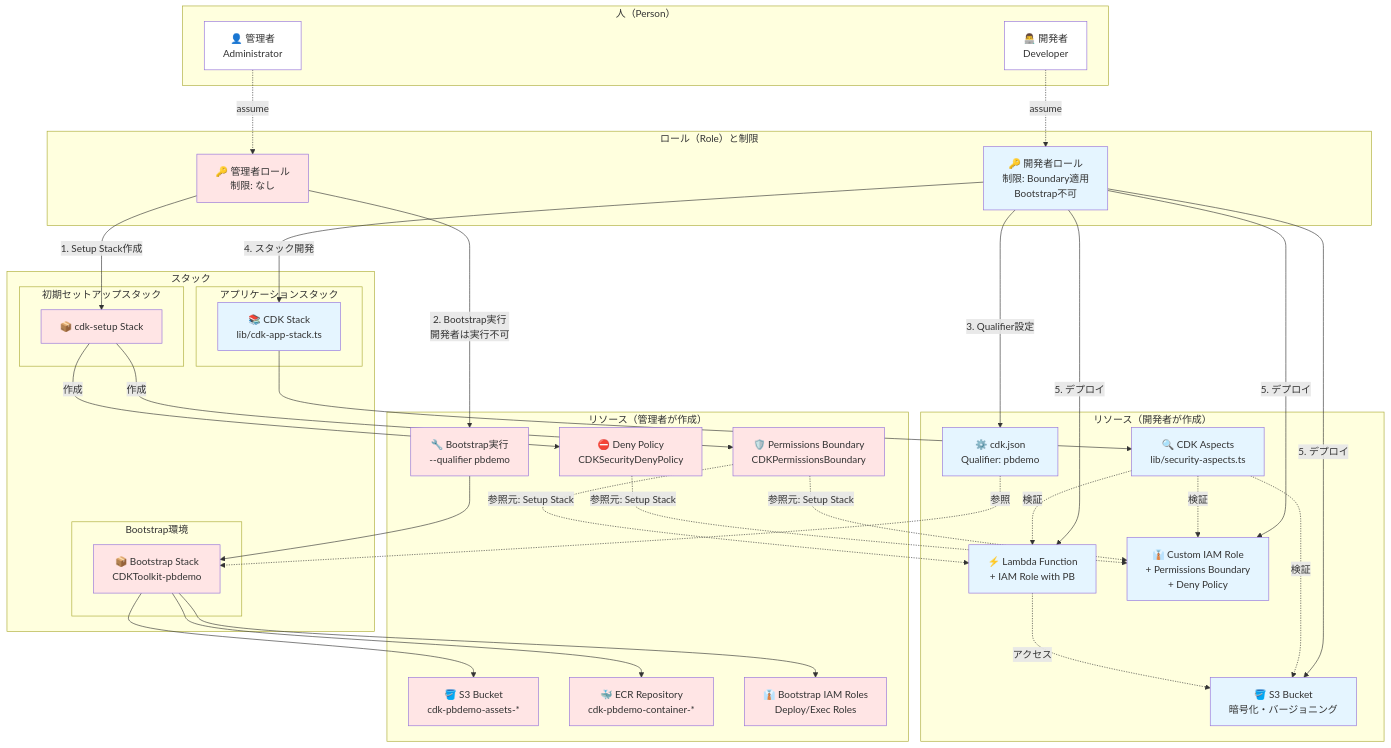
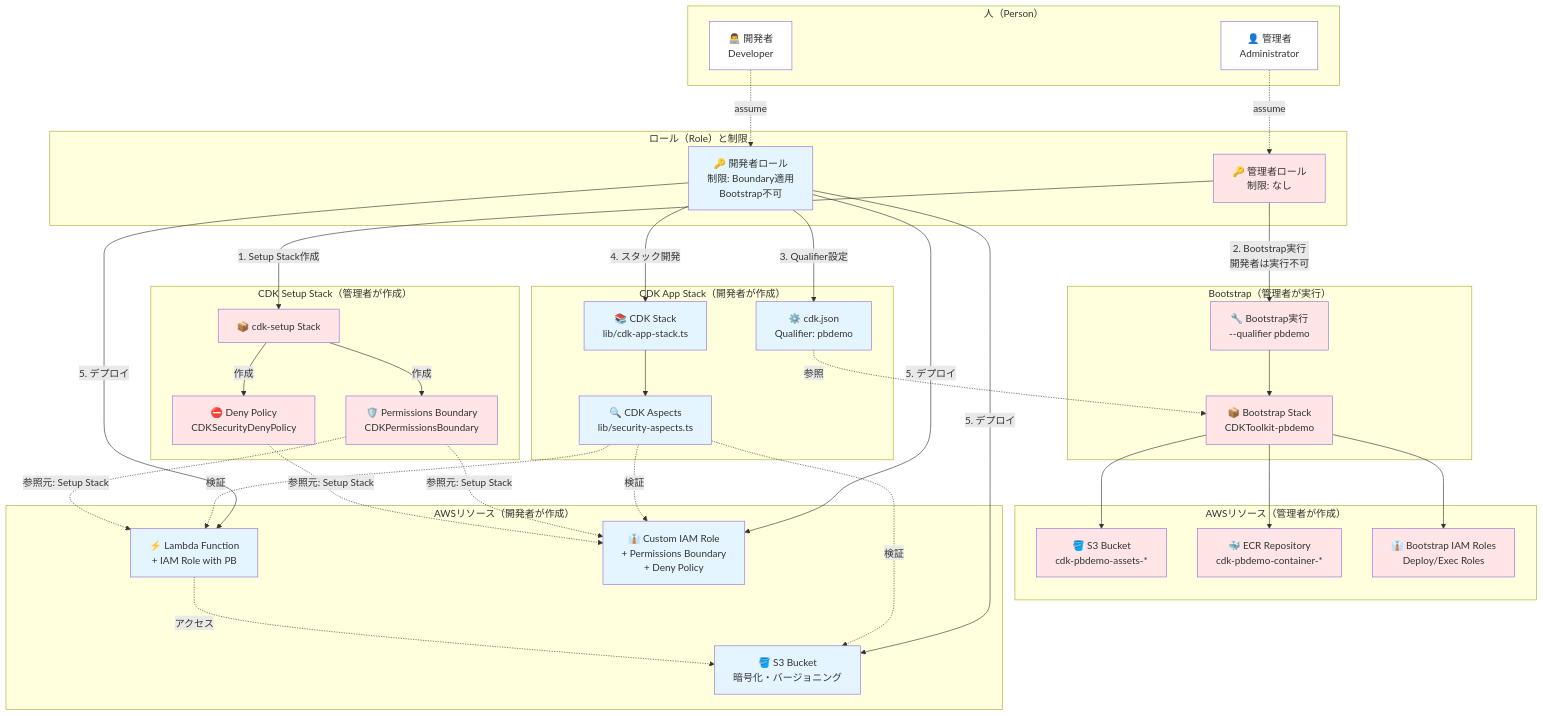
Before and after one commit to goataka/cdk-with-permissions-boundary: the first of 3 diagrams in SECURITY_FEATURES.md, drawn with Mermaid.

Commit message:
Reorganize architecture diagram: separate stacks, move CDK elements to stack sections, keep colors by creator

```diff
--- a/SECURITY_FEATURES.md
+++ b/SECURITY_FEATURES.md
@@ -18,32 +18,30 @@
         DevRole[🔑 開発者ロール<br/>制限: Boundary適用<br/>Bootstrap不可]
     end
     
-    subgraph "スタック"
-        subgraph "初期セットアップスタック"
-            SetupStack[📦 cdk-setup Stack]
-        end
-        
-        subgraph "Bootstrap環境"
-            BootstrapStack[📦 Bootstrap Stack<br/>CDKToolkit-pbdemo]
-        end
-        
-        subgraph "アプリケーションスタック"
-            CDKStack[📚 CDK Stack<br/>lib/cdk-app-stack.ts]
-        end
+    subgraph "CDK Setup Stack（管理者が作成）"
+        SetupStack[📦 cdk-setup Stack]
+        PBPolicy[🛡️ Permissions Boundary<br/>CDKPermissionsBoundary]
+        DenyPolicy[⛔ Deny Policy<br/>CDKSecurityDenyPolicy]
     end
     
-    subgraph "リソース（管理者が作成）"
-        PBPolicy[🛡️ Permissions Boundary<br/>CDKPermissionsBoundary]
-        DenyPolicy[⛔ Deny Policy<br/>CDKSecurityDenyPolicy]
+    subgraph "Bootstrap（管理者が実行）"
         Bootstrap[🔧 Bootstrap実行<br/>--qualifier pbdemo]
+        BootstrapStack[📦 Bootstrap Stack<br/>CDKToolkit-pbdemo]
+    end
+    
+    subgraph "CDK App Stack（開発者が作成）"
+        CDKStack[📚 CDK Stack<br/>lib/cdk-app-stack.ts]
+        QualifierConfig[⚙️ cdk.json<br/>Qualifier: pbdemo]
+        Aspects[🔍 CDK Aspects<br/>lib/security-aspects.ts]
+    end
+    
+    subgraph "AWSリソース（管理者が作成）"
         S3Assets[🪣 S3 Bucket<br/>cdk-pbdemo-assets-*]
         ECRRepo[🐳 ECR Repository<br/>cdk-pbdemo-container-*]
         BootstrapRoles[👔 Bootstrap IAM Roles<br/>Deploy/Exec Roles]
     end
     
-    subgraph "リソース（開発者が作成）"
-        QualifierConfig[⚙️ cdk.json<br/>Qualifier: pbdemo]
-        Aspects[🔍 CDK Aspects<br/>lib/security-aspects.ts]
+    subgraph "AWSリソース（開発者が作成）"
         Lambda[⚡ Lambda Function<br/>+ IAM Role with PB]
         S3Bucket[🪣 S3 Bucket<br/>暗号化・バージョニング]
         CustomRole[👔 Custom IAM Role<br/>+ Permissions Boundary<br/>+ Deny Policy]
@@ -85,17 +83,17 @@
     style Dev fill:#FFFFFF
     style AdminRole fill:#FFE5E5
     style DevRole fill:#E5F5FF
+    style SetupStack fill:#FFE5E5
     style PBPolicy fill:#FFE5E5
     style DenyPolicy fill:#FFE5E5
-    style SetupStack fill:#FFE5E5
     style Bootstrap fill:#FFE5E5
     style BootstrapStack fill:#FFE5E5
     style S3Assets fill:#FFE5E5
     style ECRRepo fill:#FFE5E5
     style BootstrapRoles fill:#FFE5E5
+    style CDKStack fill:#E5F5FF
+    style QualifierConfig fill:#E5F5FF
     style Aspects fill:#E5F5FF
-    style QualifierConfig fill:#E5F5FF
-    style CDKStack fill:#E5F5FF
     style Lambda fill:#E5F5FF
     style S3Bucket fill:#E5F5FF
     style CustomRole fill:#E5F5FF
```
